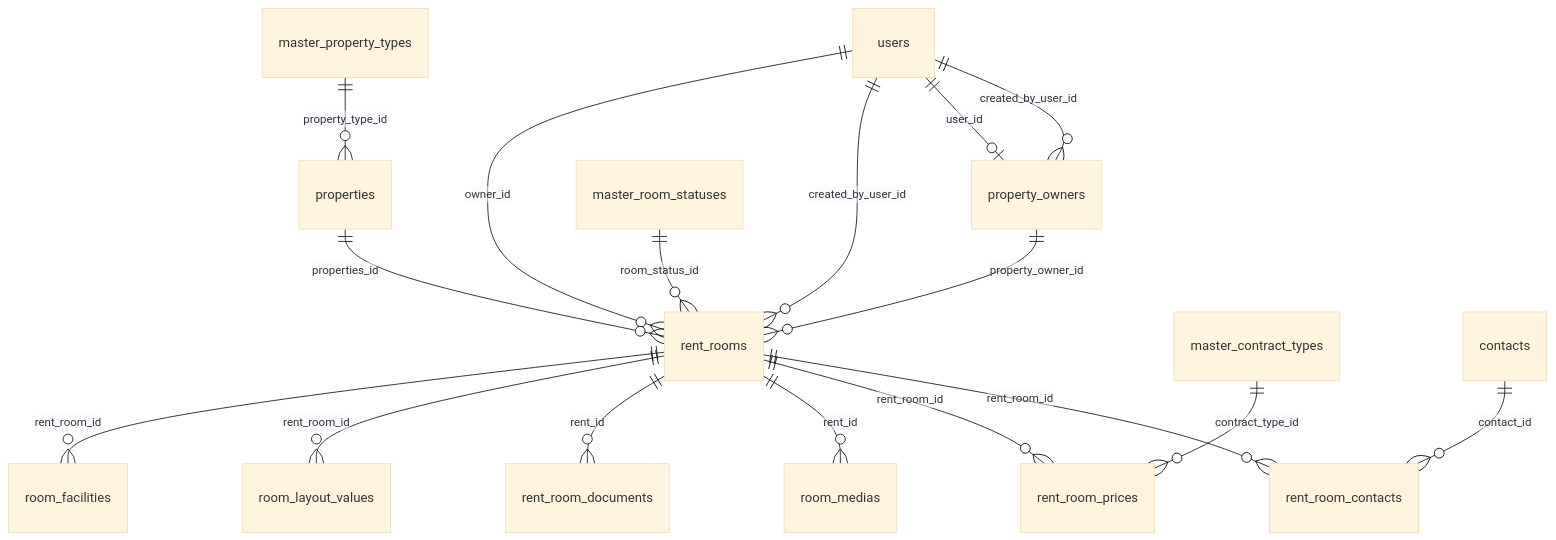
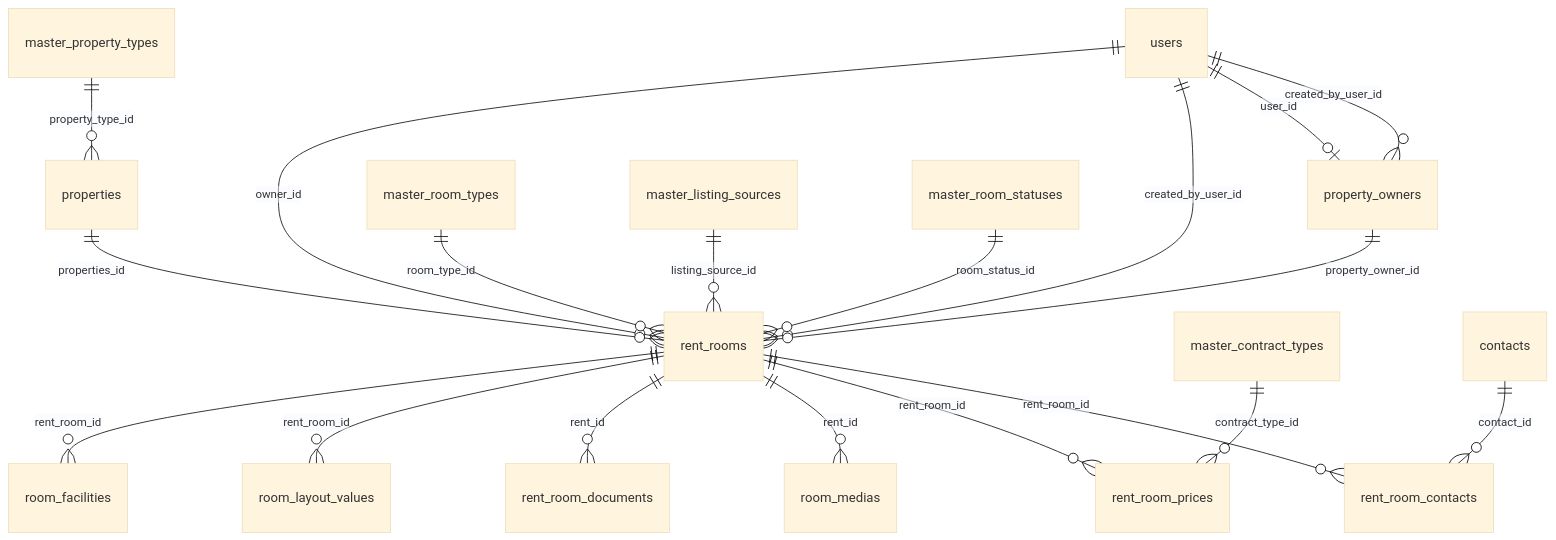
One commit to JitsamritPT/NESTYK changed the diagram in docs/new-project/agent/create-room/database.md. Above: the diagram before and after it, drawn with Mermaid (base theme). The commit also changed other lines of this file and 22 other files, not shown here.

````diff
--- a/docs/new-project/agent/create-room/database.md
+++ b/docs/new-project/agent/create-room/database.md
@@ -14,21 +14,23 @@
 ```mermaid
 erDiagram
     users ||--o{ property_owners : created_by_user_id
     users ||--o| property_owners : user_id
     users ||--o{ rent_rooms : created_by_user_id
     users ||--o{ rent_rooms : owner_id
 
     properties ||--o{ rent_rooms : properties_id
     master_property_types ||--o{ properties : property_type_id
+    master_room_types ||--o{ rent_rooms : room_type_id
+    master_listing_sources ||--o{ rent_rooms : listing_source_id
     master_contract_types ||--o{ rent_room_prices : contract_type_id
     contacts ||--o{ rent_room_contacts : contact_id
     rent_rooms ||--o{ rent_room_contacts : rent_room_id
     rent_rooms ||--o{ rent_room_prices : rent_room_id
     property_owners ||--o{ rent_rooms : property_owner_id
     master_room_statuses ||--o{ rent_rooms : room_status_id
 
     rent_rooms ||--o{ room_medias : rent_id
     rent_rooms ||--o{ rent_room_documents : rent_id
     rent_rooms ||--o{ room_layout_values : rent_room_id
     rent_rooms ||--o{ room_facilities : rent_room_id
 ```
````
